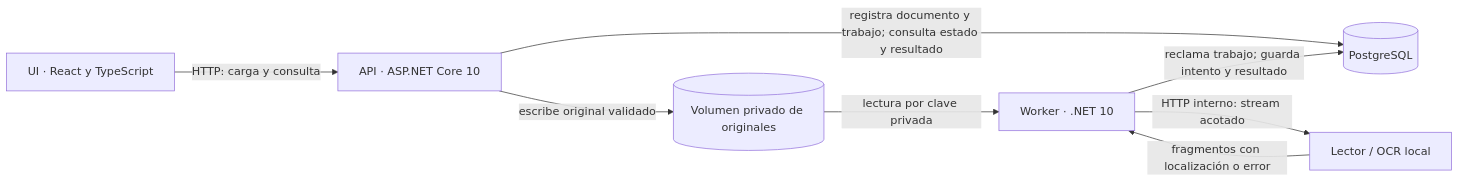
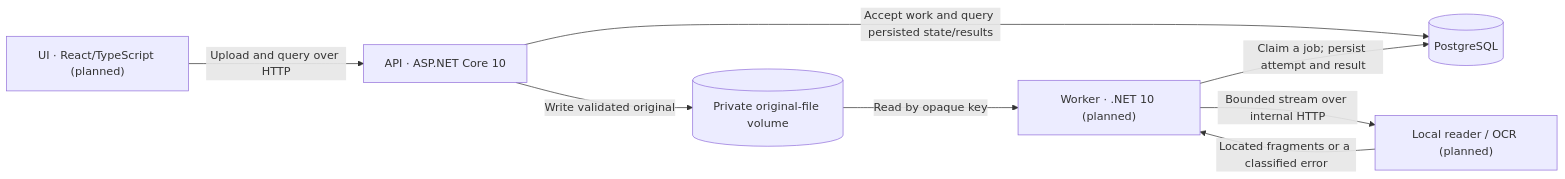
Before and after one commit to lokomurdok89/HackthonSpurs: the diagram in docs/ARCHITECTURE.md, drawn with Mermaid. The commit also changed other lines of this file and 27 other files, not shown here.

Commit message:
Implement the PostgreSQL-backed document API and local UI runbook

````diff
--- a/docs/ARCHITECTURE.md
+++ b/docs/ARCHITECTURE.md
@@ -9,10 +11,10 @@
 ```mermaid
 flowchart LR
-    U["UI · React y TypeScript"] -->|"HTTP: carga y consulta"| A["API · ASP.NET Core 10"]
-    A -->|"registra documento y trabajo; consulta estado y resultado"| P[("PostgreSQL")]
-    A -->|"escribe original validado"| F[("Volumen privado de originales")]
-    W["Worker · .NET 10"] -->|"reclama trabajo; guarda intento y resultado"| P
-    F -->|"lectura por clave privada"| W
-    W -->|"HTTP interno: stream acotado"| O["Lector / OCR local"]
-    O -->|"fragmentos con localización o error"| W
+    U["UI · React/TypeScript (planned)"] -->|"Upload and query over HTTP"| A["API · ASP.NET Core 10"]
+    A -->|"Accept work and query persisted state/results"| P[("PostgreSQL")]
+    A -->|"Write validated original"| F[("Private original-file volume")]
+    W["Worker · .NET 10 (planned)"] -->|"Claim a job; persist attempt and result"| P
+    F -->|"Read by opaque key"| W
+    W -->|"Bounded stream over internal HTTP"| O["Local reader / OCR (planned)"]
+    O -->|"Located fragments or a classified error"| W
 ```
````
